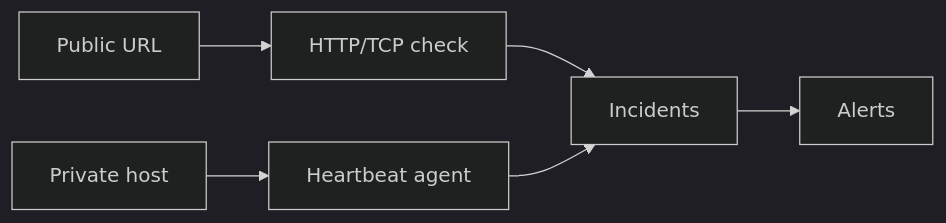
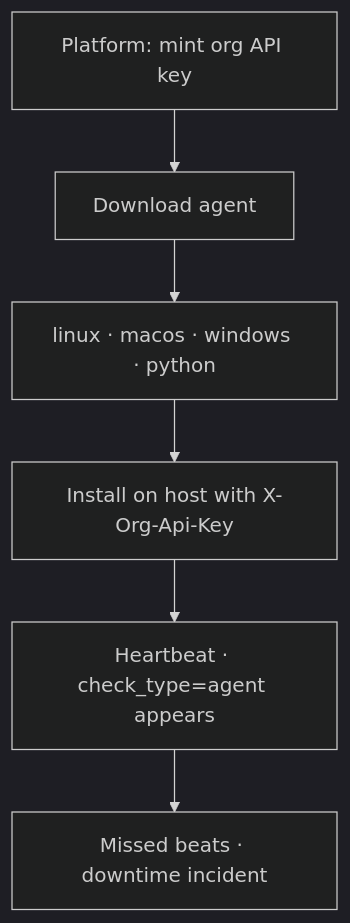
One commit to Phantom-Fort/Phantix-Frontend changed the second of 2 diagrams in docs/how-to/command-centre/08-availability-monitoring.md. Above: the diagram before and after it, drawn with Mermaid (dark theme). The commit also changed other lines of this file and 44 other files, not shown here.

````diff
--- a/docs/how-to/command-centre/08-availability-monitoring.md
+++ b/docs/how-to/command-centre/08-availability-monitoring.md
@@ -46,8 +21,8 @@
 ```mermaid
-flowchart LR
-  A[Public URL] --> B[HTTP/TCP check]
-  C[Private host] --> D[Heartbeat agent]
-  B --> E[Incidents]
-  D --> E
-  E --> F[Alerts]
+flowchart TD
+  A[Platform: mint org API key] --> B[Download agent]
+  B --> C[linux · macos · windows · python]
+  C --> D[Install on host with X-Org-Api-Key]
+  D --> E[Heartbeat · check_type=agent appears]
+  E --> F[Missed beats · downtime incident]
 ```
````
